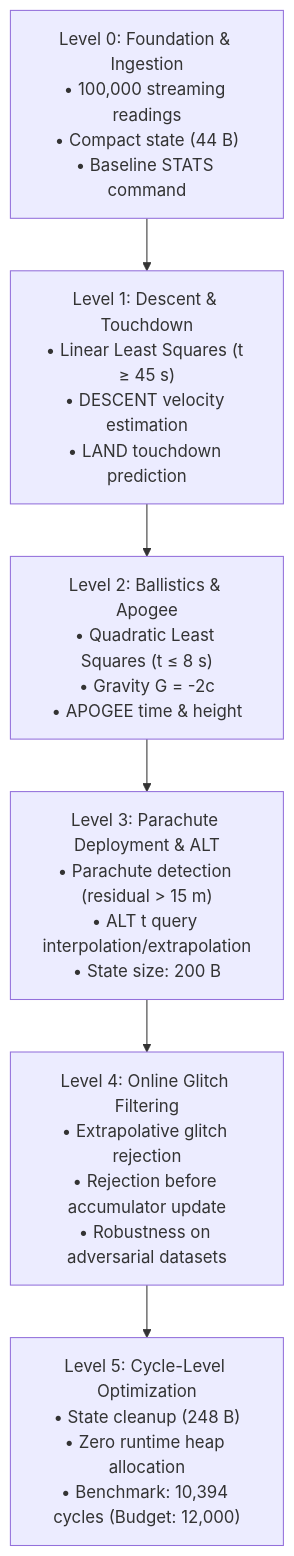
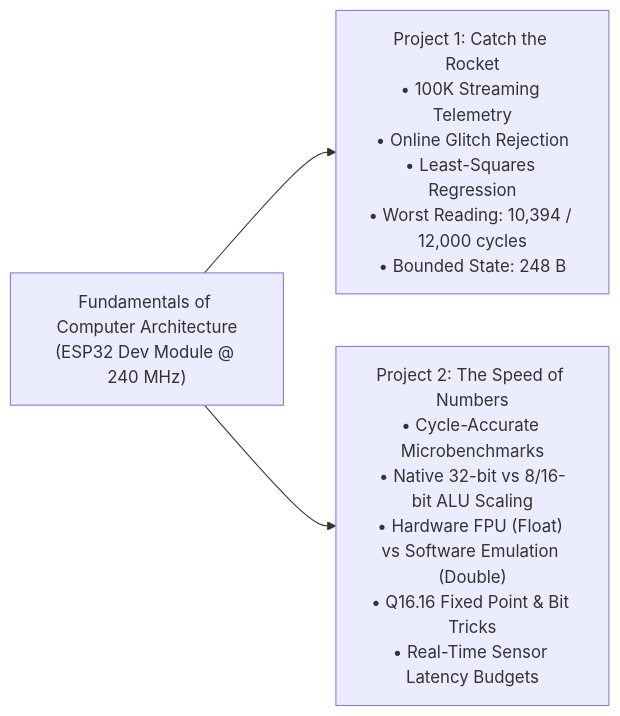
One commit to harshitha-paramesh/fundamentals-of-computer-architecture changed the diagram in README.md. Above: the diagram before and after it, drawn with Mermaid. The commit also changed other lines of this file, not shown here.

Commit message:
Update root portfolio README indexing both FCA projects

````diff
--- a/README.md
+++ b/README.md
@@ -95,9 +21,6 @@
 ```mermaid
-flowchart TD
-    L0["Level 0: Foundation & Ingestion\n• 100,000 streaming readings\n• Compact state (44 B)\n• Baseline STATS command"]
-    --> L1["Level 1: Descent & Touchdown\n• Linear Least Squares (t ≥ 45 s)\n• DESCENT velocity estimation\n• LAND touchdown prediction"]
-    --> L2["Level 2: Ballistics & Apogee\n• Quadratic Least Squares (t ≤ 8 s)\n• Gravity G = -2c\n• APOGEE time & height"]
-    --> L3["Level 3: Parachute Deployment & ALT\n• Parachute detection (residual > 15 m)\n• ALT t query interpolation/extrapolation\n• State size: 200 B"]
-    --> L4["Level 4: Online Glitch Filtering\n• Extrapolative glitch rejection\n• Rejection before accumulator update\n• Robustness on adversarial datasets"]
-    --> L5["Level 5: Cycle-Level Optimization\n• State cleanup (248 B)\n• Zero runtime heap allocation\n• Benchmark: 10,394 cycles (Budget: 12,000)"]
+graph LR
+    FCA["Fundamentals of Computer Architecture\n(ESP32 Dev Module @ 240 MHz)"]
+    FCA --> P1["Project 1: Catch the Rocket\n• 100K Streaming Telemetry\n• Online Glitch Rejection\n• Least-Squares Regression\n• Worst Reading: 10,394 / 12,000 cycles\n• Bounded State: 248 B"]
+    FCA --> P2["Project 2: The Speed of Numbers\n• Cycle-Accurate Microbenchmarks\n• Native 32-bit vs 8/16-bit ALU Scaling\n• Hardware FPU (Float) vs Software Emulation (Double)\n• Q16.16 Fixed Point & Bit Tricks\n• Real-Time Sensor Latency Budgets"]
 ```
````
